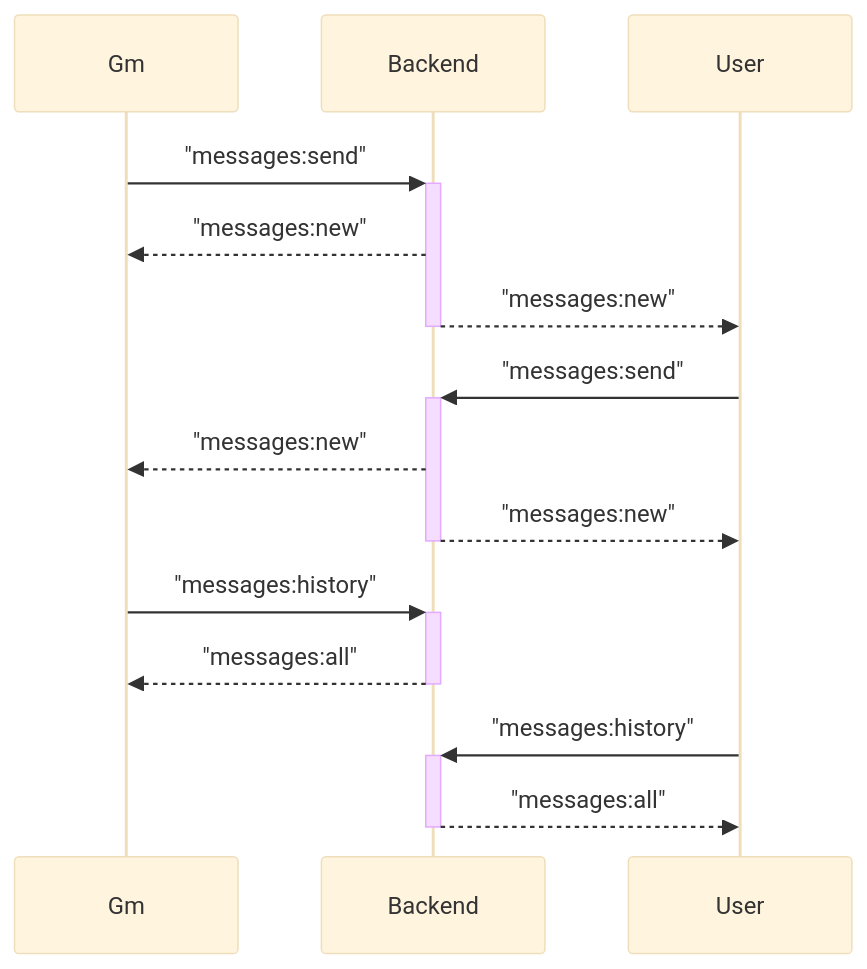
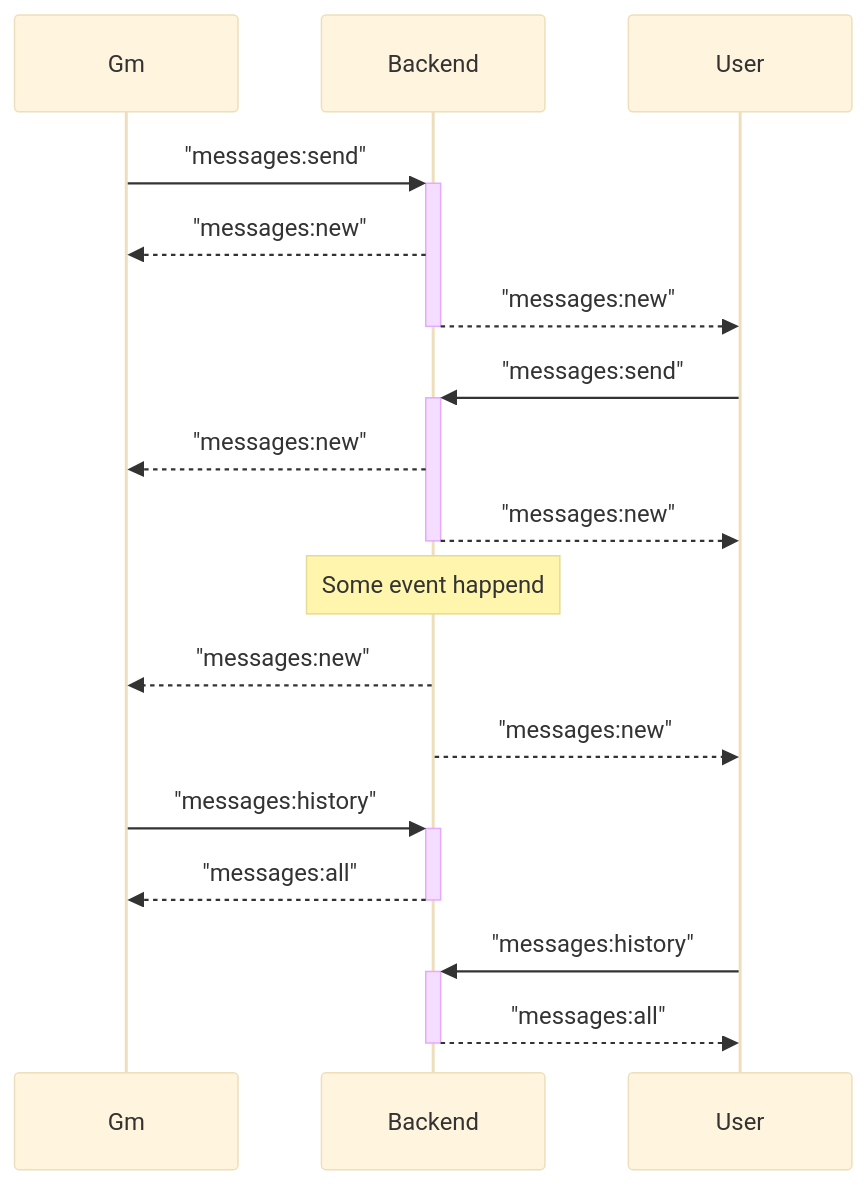
One commit to jakob-rzeppa/turnkeeper changed the second of 4 diagrams in docs/ARCHITECTURE.md. Above: the diagram before and after it, drawn with Mermaid (base theme).

Commit message:
updated Messages event sequence

````diff
--- a/docs/ARCHITECTURE.md
+++ b/docs/ARCHITECTURE.md
@@ -24,13 +24,19 @@
 ```mermaid
 sequenceDiagram
     Gm->>+Backend: "messages:send"
     Backend-->>Gm: "messages:new"
     Backend-->>-User: "messages:new"
+
     User->>+Backend: "messages:send"
     Backend-->>Gm: "messages:new"
     Backend-->>-User: "messages:new"
+
+    note over Backend: Some event happend
+    Backend-->>Gm: "messages:new"
+    Backend-->>User: "messages:new"
+
     Gm->>+Backend: "messages:history"
     Backend-->>-Gm: "messages:all"
     User->>+Backend: "messages:history"
     Backend-->>-User: "messages:all"
 ```
````
